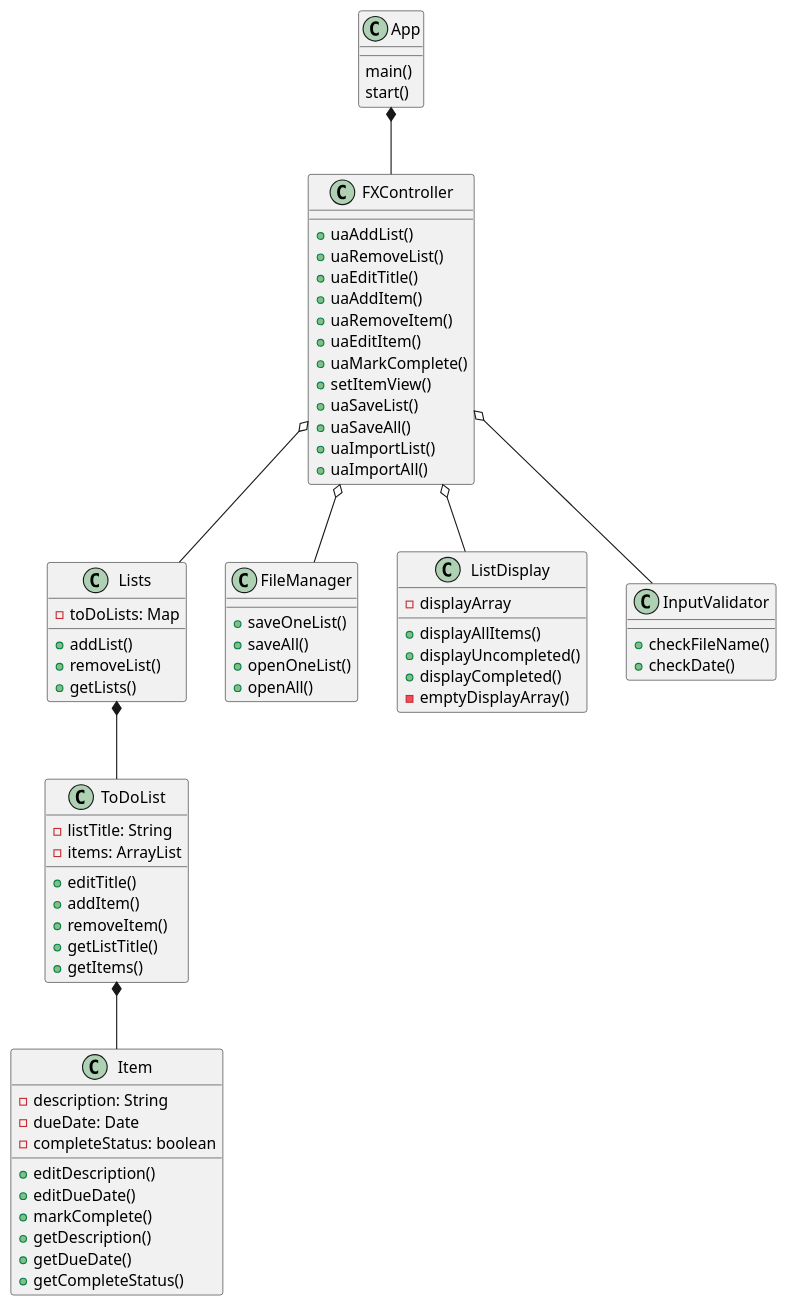
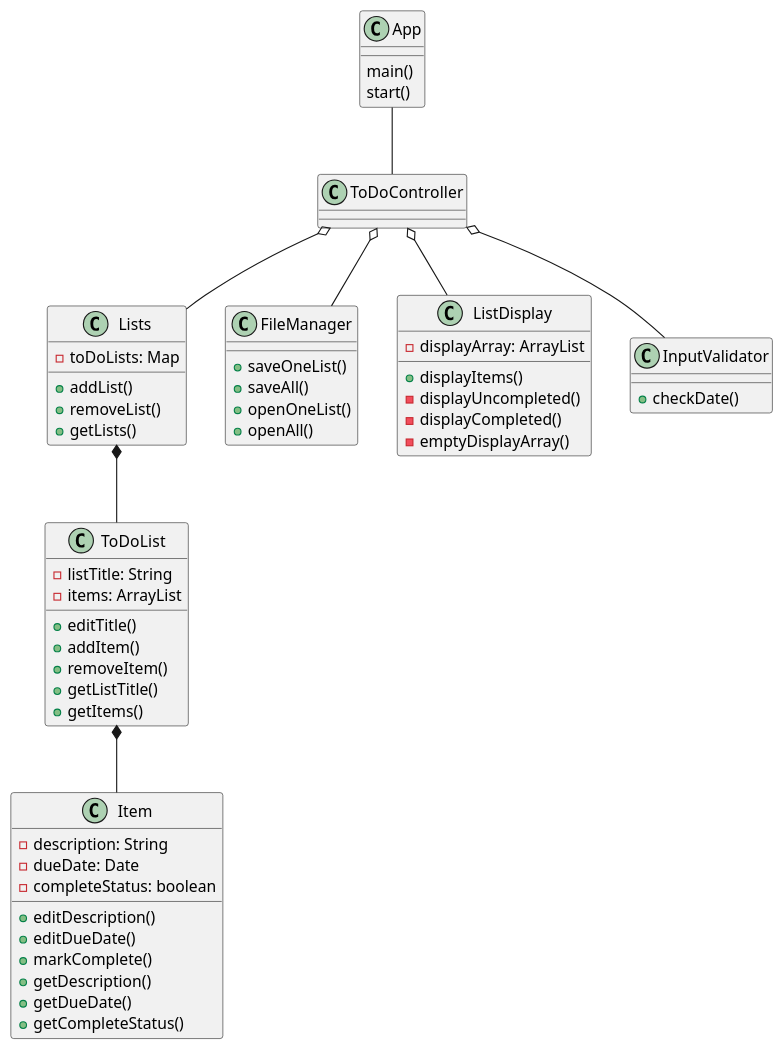
One commit to kingraham228/Ingraham-cop3330-assignment4 changed the diagram in uml/ToDoList.puml. Above: the diagram before and after it, drawn with PlantUML. The commit also changed 10 other files, not shown here.

```diff
--- a/uml/ToDoList.puml
+++ b/uml/ToDoList.puml
@@ -1,80 +1,69 @@
 @startuml
 class Item{
 -description: String
 -dueDate: Date
 -completeStatus: boolean
 +editDescription()
 +editDueDate()
 +markComplete()
 +getDescription()
 +getDueDate()
 +getCompleteStatus()
 }
 
 class ToDoList{
 -listTitle: String
 -items: ArrayList
 +editTitle()
 +addItem()
 +removeItem()
 +getListTitle()
 +getItems()
 }
 
 class Lists{
 -toDoLists: Map
 +addList()
 +removeList()
 +getLists()
 }
 
 class FileManager{
 +saveOneList()
 +saveAll()
 +openOneList()
 +openAll()
 }
 
 class ListDisplay{
--displayArray
-+displayAllItems()
-+displayUncompleted()
-+displayCompleted()
+-displayArray: ArrayList
++displayItems()
+-displayUncompleted()
+-displayCompleted()
 -emptyDisplayArray()
 }
 
-class FXController{
-+uaAddList()
-+uaRemoveList()
-+uaEditTitle()
-+uaAddItem()
-+uaRemoveItem()
-+uaEditItem()
-+uaMarkComplete()
-+setItemView()
-+uaSaveList()
-+uaSaveAll()
-+uaImportList()
-+uaImportAll()
+class ToDoController{
+
 }
 
 class App{
 main()
 start()
 }
 
 class InputValidator{
-+checkFileName()
 +checkDate()
 }
 
 
 
-App *-- FXController
-FXController o-- Lists
-FXController o-- ListDisplay
-FXController o-- FileManager
-FXController o-- InputValidator
+
+App -- ToDoController
+ToDoController o-- Lists
+ToDoController o-- ListDisplay
+ToDoController o-- FileManager
+ToDoController o-- InputValidator
 Lists *-- ToDoList
 ToDoList *-- Item
 @enduml
```
